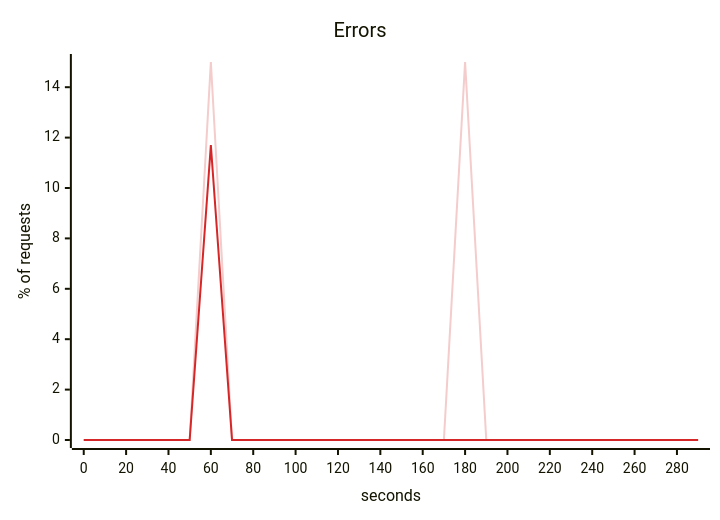
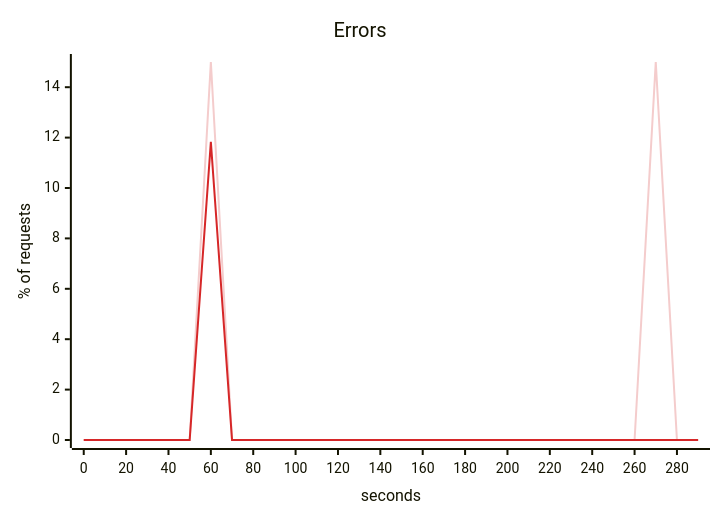
The fourth of 5 diagrams in scenarios/healthy-but-broken/solutions/deep-health-check/report.md (akinfemi/load-lore), drawn with Mermaid before and after one commit. The commit also changed other lines of this file and 71 other files, not shown here.

````diff
--- a/scenarios/healthy-but-broken/solutions/deep-health-check/report.md
+++ b/scenarios/healthy-but-broken/solutions/deep-health-check/report.md
@@ -75,15 +75,15 @@
 ```mermaid
 ---
 config:
   themeVariables:
     xyChart:
       backgroundColor: "transparent"
       plotColorPalette: "#f4cccc, #d62728"
 ---
 xychart-beta
     title "Errors"
     x-axis "seconds" 0 --> 290
     y-axis "% of requests" 0 --> 15
-    line [0, 0, 0, 0, 0, 0, 15, 0, 0, 0, 0, 0, 0, 0, 0, 0, 0, 0, 15, 0, 0, 0, 0, 0, 0, 0, 0, 0, 0, 0]
-    line [0, 0, 0, 0, 0, 0, 11.7, 0, 0, 0, 0, 0, 0, 0, 0, 0, 0, 0, 0, 0, 0, 0, 0, 0, 0, 0, 0, 0, 0, 0]
+    line [0, 0, 0, 0, 0, 0, 15, 0, 0, 0, 0, 0, 0, 0, 0, 0, 0, 0, 0, 0, 0, 0, 0, 0, 0, 0, 0, 15, 0, 0]
+    line [0, 0, 0, 0, 0, 0, 11.833, 0, 0, 0, 0, 0, 0, 0, 0, 0, 0, 0, 0, 0, 0, 0, 0, 0, 0, 0, 0, 0, 0, 0]
 ```
````
